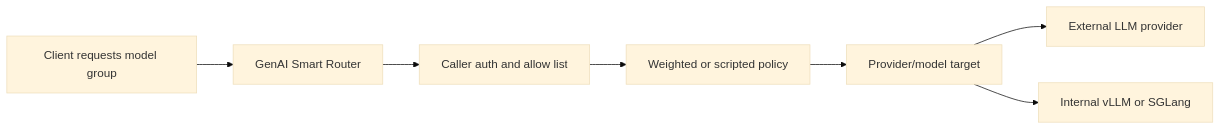
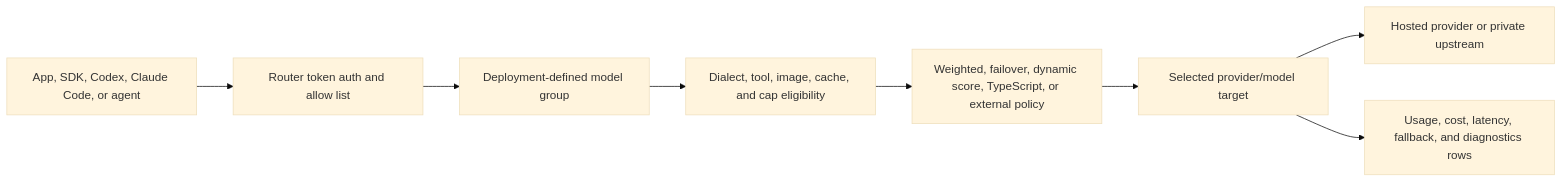
One commit to Metrum-AI-Products/genai-smart-router changed the diagram in docs-site/docs/overview.mdx. Above: the diagram before and after it, drawn with Mermaid (base theme). The commit also changed other lines of this file and 15 other files, not shown here.

Commit message:
improve public docs evaluation flow (#34)

````diff
--- a/docs-site/docs/overview.mdx
+++ b/docs-site/docs/overview.mdx
@@ -42,9 +38,10 @@
 ```mermaid
 flowchart LR
-  Client[Client requests model group] --> Router[GenAI Smart Router]
-  Router --> Auth[Caller auth and allow list]
-  Auth --> Policy[Weighted or scripted policy]
-  Policy --> Target[Provider/model target]
-  Target --> Provider[External LLM provider]
-  Target --> Internal[Internal vLLM or SGLang]
+  Client[App, SDK, Codex, Claude Code, or agent] --> Auth[Router token auth and allow list]
+  Auth --> Group[Deployment-defined model group]
+  Group --> Eligibility[Dialect, tool, image, cache, and cap eligibility]
+  Eligibility --> Policy[Weighted, failover, dynamic score, TypeScript, or external policy]
+  Policy --> Target[Selected provider/model target]
+  Target --> Provider[Hosted provider or private upstream]
+  Target --> Usage[Usage, cost, latency, fallback, and diagnostics rows]
 ```
````
